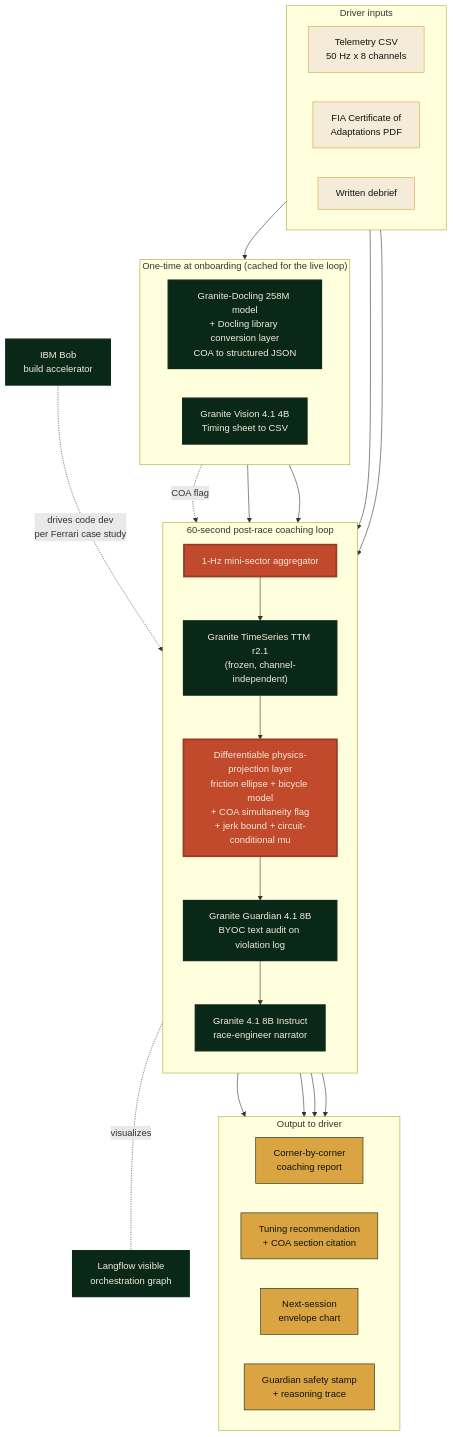
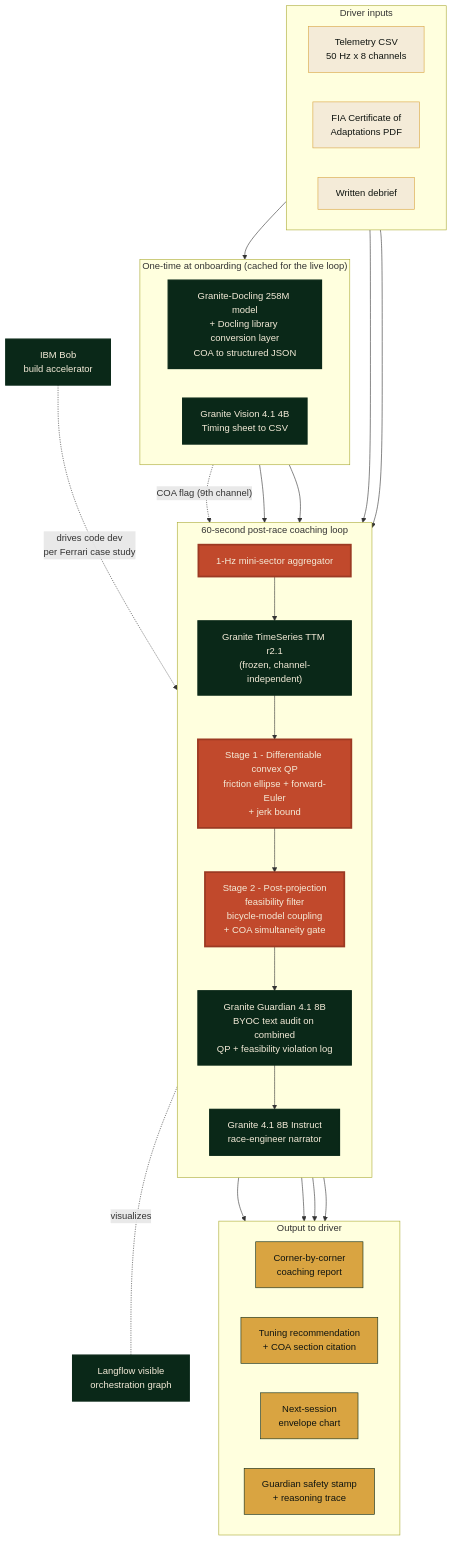
Before and after one commit to StephenSook/apex: the diagram in README.md, drawn with Mermaid. The commit also changed other lines of this file, not shown here.

First paragraph of the commit message:
fix(readme): wave-25 closures (Differentiator #2 + Mermaid sync + first-claim softening + commit count + ai-tone-policy forward ref)
Closes wave-25 cold-review B-W25-2 + B-W25-3 + B-W25-4 + H-W25-9 README
slice + N-W25-7.

````diff
--- a/README.md
+++ b/README.md
@@ -92,63 +92,65 @@
 ```mermaid
 flowchart TB
     subgraph In["Driver inputs"]
         direction LR
         TEL["Telemetry CSV<br/>50 Hz x 8 channels"]
         COA["FIA Certificate of<br/>Adaptations PDF"]
         DBR["Written debrief"]
     end
 
     subgraph OB["One-time at onboarding (cached for the live loop)"]
         direction LR
         DOCLING["Granite-Docling 258M model<br/>+ Docling library conversion layer<br/>COA to structured JSON"]
         VISION["Granite Vision 4.1 4B<br/>Timing sheet to CSV"]
     end
 
     subgraph LL["60-second post-race coaching loop"]
         direction TB
         AGG["1-Hz mini-sector aggregator"]
         TTM["Granite TimeSeries TTM r2.1<br/>(frozen, channel-independent)"]
-        PROJ["Differentiable physics-projection layer<br/>friction ellipse + bicycle model<br/>+ COA simultaneity flag<br/>+ jerk bound + circuit-conditional mu"]
-        GUARD["Granite Guardian 4.1 8B<br/>BYOC text audit on violation log"]
+        QP["Stage 1 - Differentiable convex QP<br/>friction ellipse + forward-Euler<br/>+ jerk bound"]
+        FEAS["Stage 2 - Post-projection<br/>feasibility filter<br/>bicycle-model coupling<br/>+ COA simultaneity gate"]
+        GUARD["Granite Guardian 4.1 8B<br/>BYOC text audit on combined<br/>QP + feasibility violation log"]
         INSTR["Granite 4.1 8B Instruct<br/>race-engineer narrator"]
     end
 
     subgraph Out["Output to driver"]
         direction LR
         REPORT["Corner-by-corner<br/>coaching report"]
         TUNE["Tuning recommendation<br/>+ COA section citation"]
         FCST["Next-session<br/>envelope chart"]
         STAMP["Guardian safety stamp<br/>+ reasoning trace"]
     end
 
     TEL --> AGG
     COA --> DOCLING
+    DOCLING -. "COA flag (9th channel)" .-> AGG
     AGG --> TTM
-    DOCLING -. COA flag .-> PROJ
-    TTM --> PROJ
-    PROJ --> GUARD
+    TTM --> QP
+    QP --> FEAS
+    FEAS --> GUARD
     DBR --> INSTR
     GUARD --> INSTR
     DOCLING --> INSTR
     VISION --> INSTR
     INSTR --> REPORT
     INSTR --> TUNE
-    PROJ --> FCST
+    FEAS --> FCST
     GUARD --> STAMP
 
     LF["Langflow visible<br/>orchestration graph"]
     LL -. visualizes .- LF
 
     BOB["IBM Bob<br/>build accelerator"]
     BOB -.->|drives code dev<br/>per Ferrari case study| LL
 
     classDef ibm fill:#0A2818,stroke:#0A2818,stroke-width:2px,color:#F4EBD8
     classDef physics fill:#C1492C,stroke:#9C3A23,stroke-width:3px,color:#F4EBD8
     classDef input fill:#F4EBD8,stroke:#D9A441,stroke-width:1px,color:#0F1410
     classDef output fill:#D9A441,stroke:#0A2818,color:#0F1410
 
     class TEL,COA,DBR input
     class REPORT,TUNE,FCST,STAMP output
     class DOCLING,VISION,TTM,GUARD,INSTR,LF,BOB ibm
-    class PROJ,AGG physics
+    class QP,FEAS,AGG physics
 ```
````
